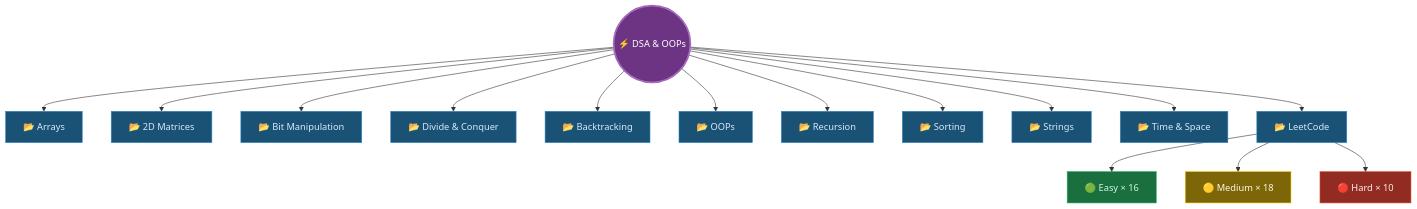
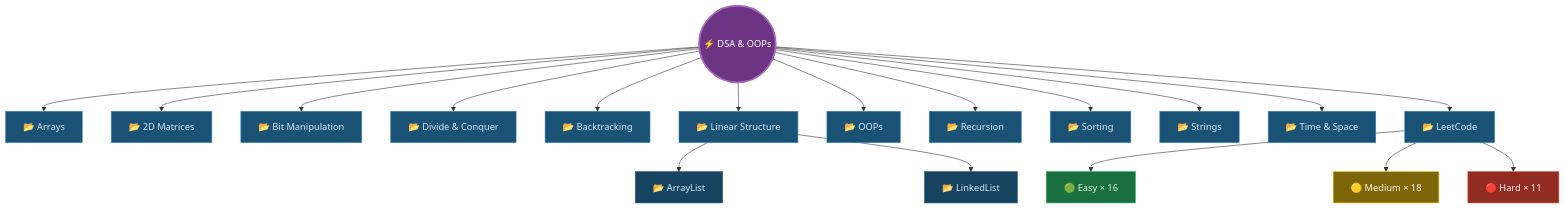
The diagram in README.md (raghuvanshi-sec/DSA), drawn with Mermaid before and after one commit. The commit also changed other lines of this file and 13 other files, not shown here.

First line of the commit message:
docs: update README + add Linear_Structure/ArrayList module

````diff
--- a/README.md
+++ b/README.md
@@ -79,36 +82,43 @@
 ```mermaid
 graph TD
     R(("⚡ DSA & OOPs"))
 
     R --> A["📂 Arrays"]
     R --> M["📂 2D Matrices"]
     R --> B["📂 Bit Manipulation"]
     R --> DC["📂 Divide & Conquer"]
     R --> BK["📂 Backtracking"]
+    R --> LS["📂 Linear Structure"]
     R --> O["📂 OOPs"]
     R --> REC["📂 Recursion"]
     R --> S["📂 Sorting"]
     R --> ST["📂 Strings"]
     R --> TS["📂 Time & Space"]
     R --> LC["📂 LeetCode"]
 
     LC --> E["🟢 Easy × 16"]
     LC --> MD["🟡 Medium × 18"]
-    LC --> H["🔴 Hard × 10"]
+    LS --> AL["📂 ArrayList"]
+    LS --> LL["📂 LinkedList"]
+
+    LC --> H["🔴 Hard × 11"]
 
     style R fill:#6c3483,stroke:#a569bd,stroke-width:3px,color:#fff
     style A fill:#1a5276,stroke:#2e86c1,color:#d6eaf8
     style M fill:#1a5276,stroke:#2e86c1,color:#d6eaf8
     style B fill:#1a5276,stroke:#2e86c1,color:#d6eaf8
     style DC fill:#1a5276,stroke:#2e86c1,color:#d6eaf8
     style BK fill:#1a5276,stroke:#2e86c1,color:#d6eaf8
+    style LS fill:#1a5276,stroke:#2e86c1,color:#d6eaf8
+    style AL fill:#154360,stroke:#1a5276,color:#d6eaf8
+    style LL fill:#154360,stroke:#1a5276,color:#d6eaf8
     style O fill:#1a5276,stroke:#2e86c1,color:#d6eaf8
     style REC fill:#1a5276,stroke:#2e86c1,color:#d6eaf8
     style S fill:#1a5276,stroke:#2e86c1,color:#d6eaf8
     style ST fill:#1a5276,stroke:#2e86c1,color:#d6eaf8
     style TS fill:#1a5276,stroke:#2e86c1,color:#d6eaf8
     style LC fill:#1a5276,stroke:#2e86c1,color:#d6eaf8
     style E fill:#196f3d,stroke:#27ae60,color:#d5f5e3
     style MD fill:#7d6608,stroke:#f1c40f,color:#fef9e7
     style H fill:#922b21,stroke:#e74c3c,color:#fdedec
 ```
````
